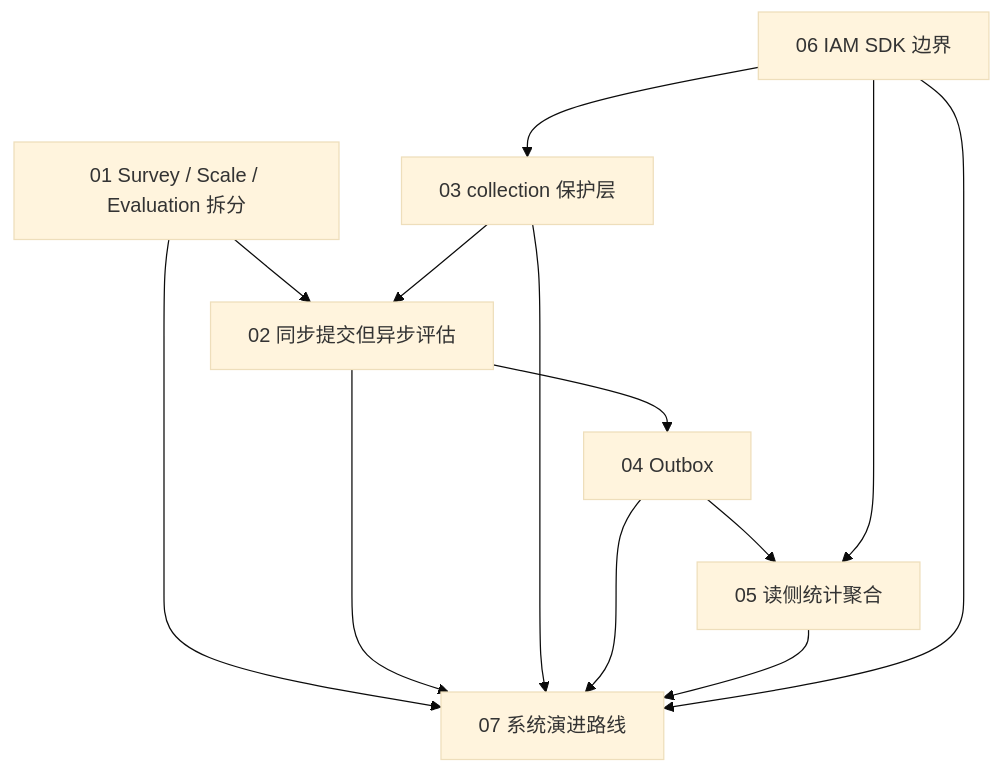
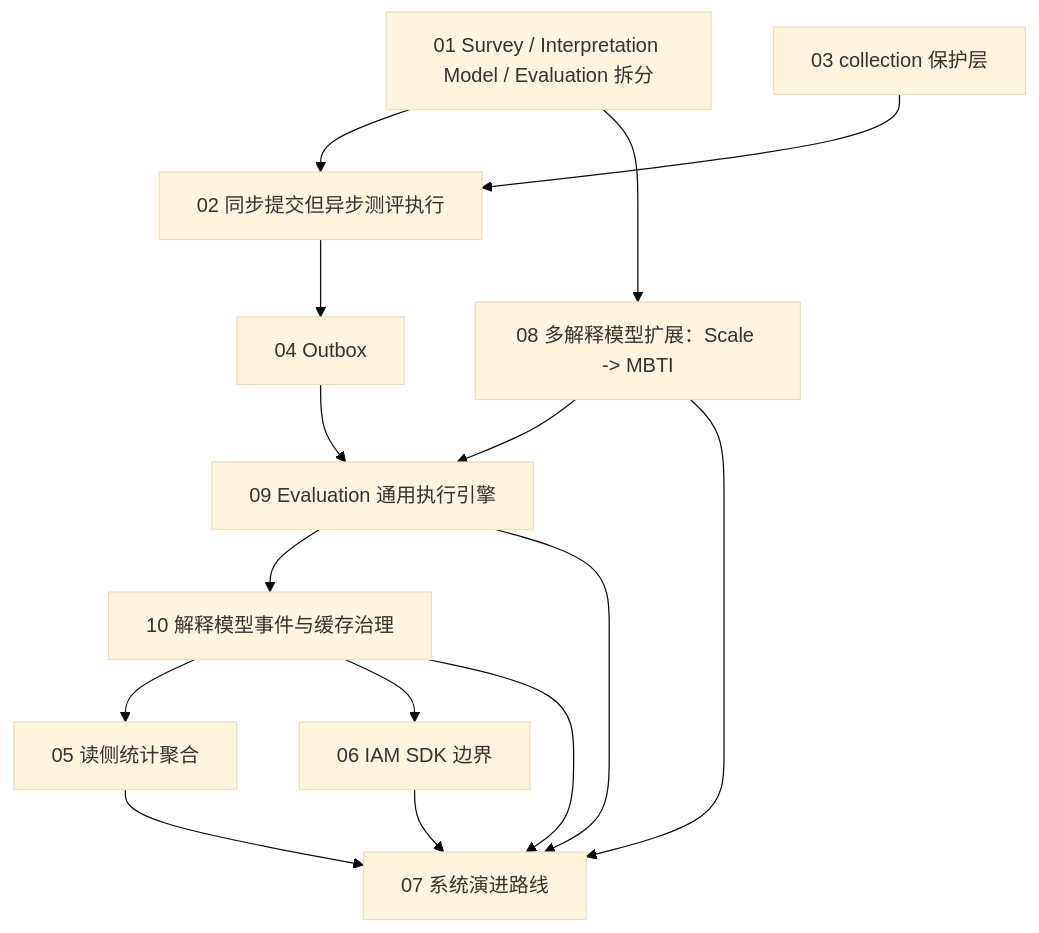
Before and after one commit to FangcunMount/qs-server: the diagram in docs/05-专题分析/README.md, drawn with Mermaid (base theme). The commit also changed other lines of this file and 14 other files, not shown here.

````diff
--- a/docs/05-专题分析/README.md
+++ b/docs/05-专题分析/README.md
@@ -182,23 +263,28 @@
 ```mermaid
 flowchart TB
-    A["01 Survey / Scale / Evaluation 拆分"]
-    B["02 同步提交但异步评估"]
+    A["01 Survey / Interpretation Model / Evaluation 拆分"]
+    B["02 同步提交但异步测评执行"]
     C["03 collection 保护层"]
     D["04 Outbox"]
     E["05 读侧统计聚合"]
     F["06 IAM SDK 边界"]
     G["07 系统演进路线"]
+    H["08 多解释模型扩展：Scale -> MBTI"]
+    I["09 Evaluation 通用执行引擎"]
+    J["10 解释模型事件与缓存治理"]
 
     A --> B
+    A --> H
+    H --> I
+    B --> D
+    D --> I
     C --> B
-    B --> D
-    D --> E
-    F --> C
-    F --> E
-    A --> G
-    B --> G
-    C --> G
-    D --> G
+    I --> J
+    J --> E
+    J --> F
     E --> G
     F --> G
+    H --> G
+    I --> G
+    J --> G
 ```
````
